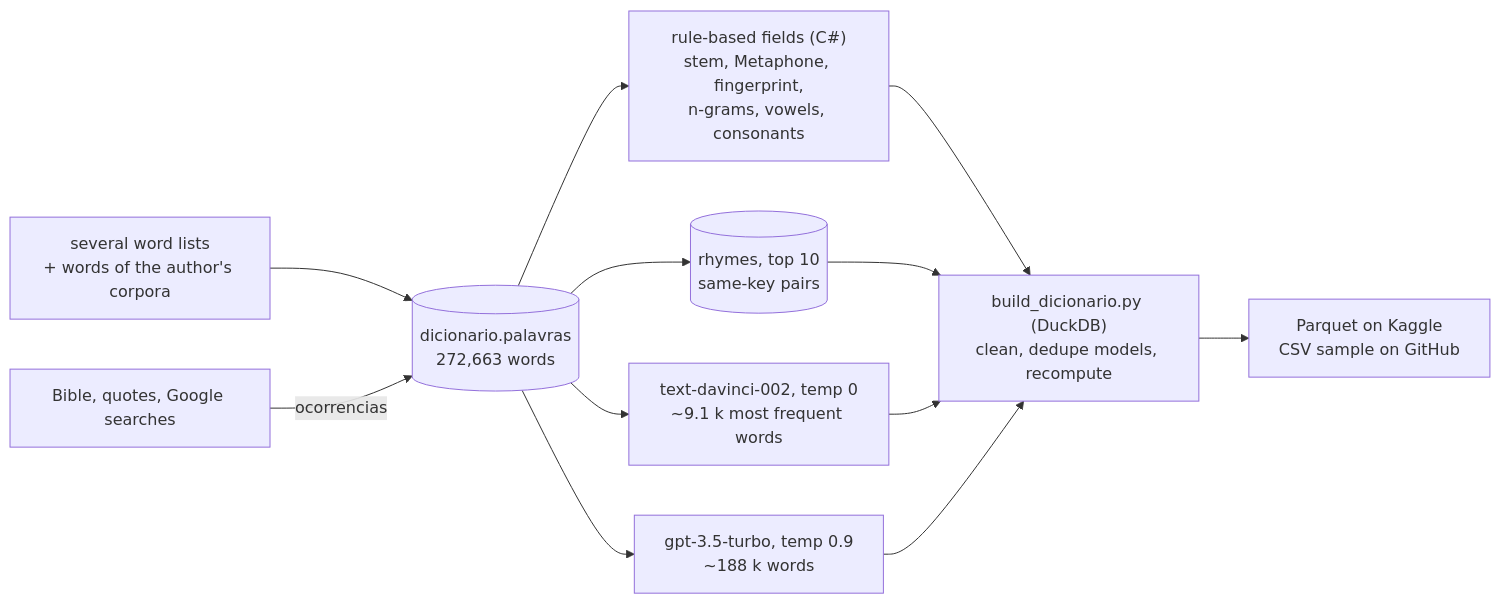
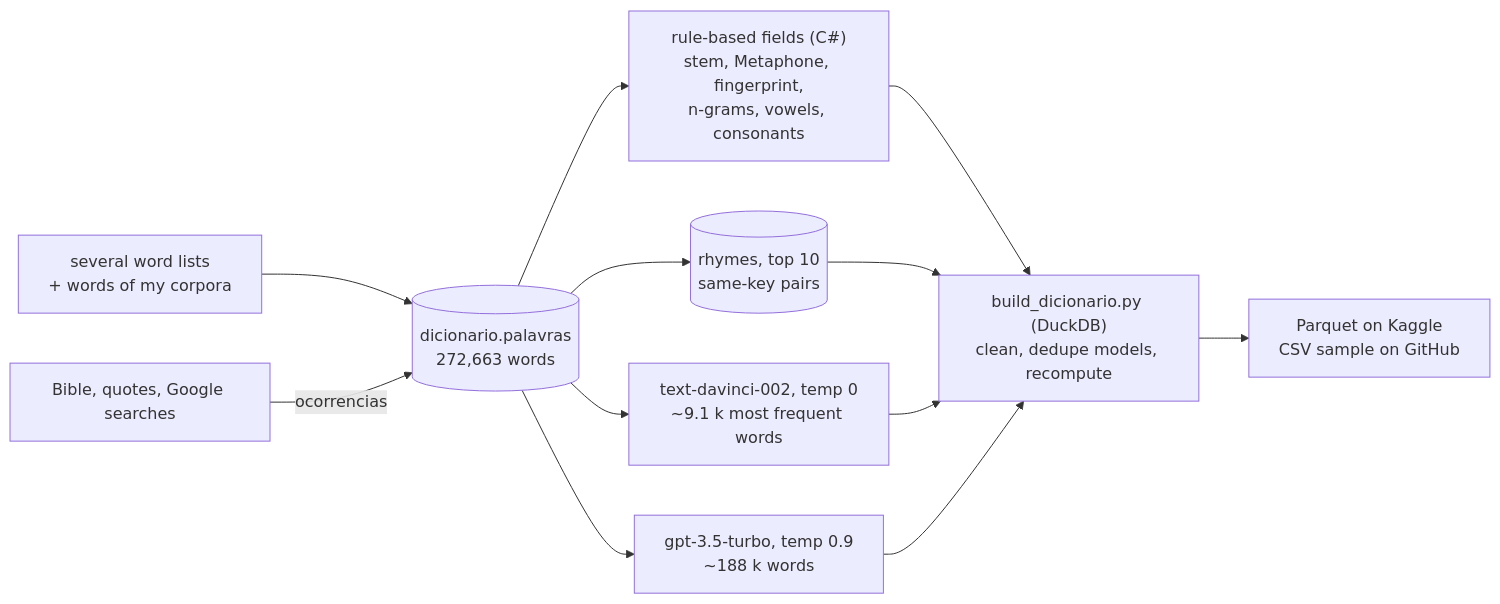
Before and after one commit to CaiqueDourado/dicionario-portugues: the diagram in README.md, drawn with Mermaid. The commit also changed other lines of this file and 3 other files, not shown here.

````diff
--- a/README.md
+++ b/README.md
@@ -95,14 +91,14 @@
 ```mermaid
 flowchart LR
-  L["several word lists<br/>+ words of the author's corpora"] --> P[("dicionario.palavras<br/>272,663 words")]
+  L["several word lists<br/>+ words of my corpora"] --> P[("dicionario.palavras<br/>272,663 words")]
   C["Bible, quotes, Google searches"] -->|ocorrencias| P
   P --> R["rule-based fields (C#)<br/>stem, Metaphone, fingerprint,<br/>n-grams, vowels, consonants"]
   P --> RI[("rhymes, top 10<br/>same-key pairs")]
   P --> D["text-davinci-002, temp 0<br/>~9.1 k most frequent words"]
   P --> G["gpt-3.5-turbo, temp 0.9<br/>~188 k words"]
   R --> B["build_dicionario.py (DuckDB)<br/>clean, dedupe models, recompute"]
   RI --> B
   D --> B
   G --> B
   B --> O["Parquet on Kaggle<br/>CSV sample on GitHub"]
 ```
````
